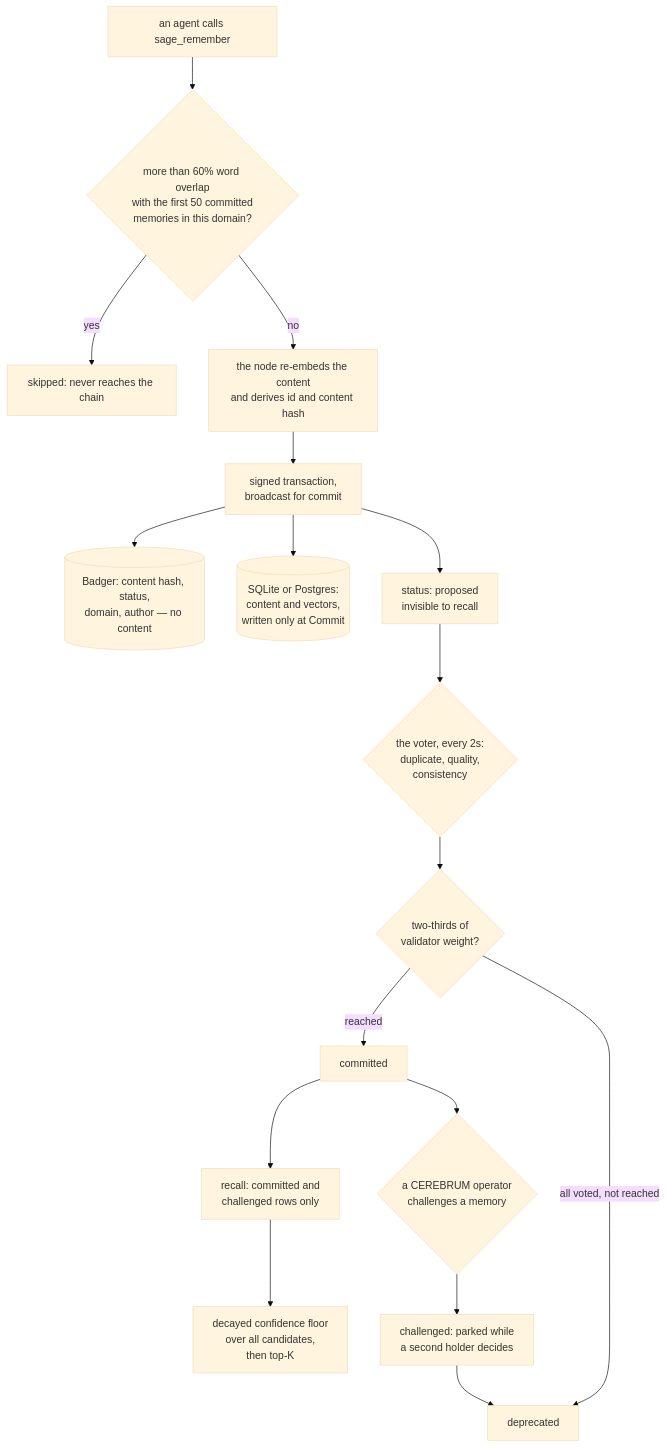
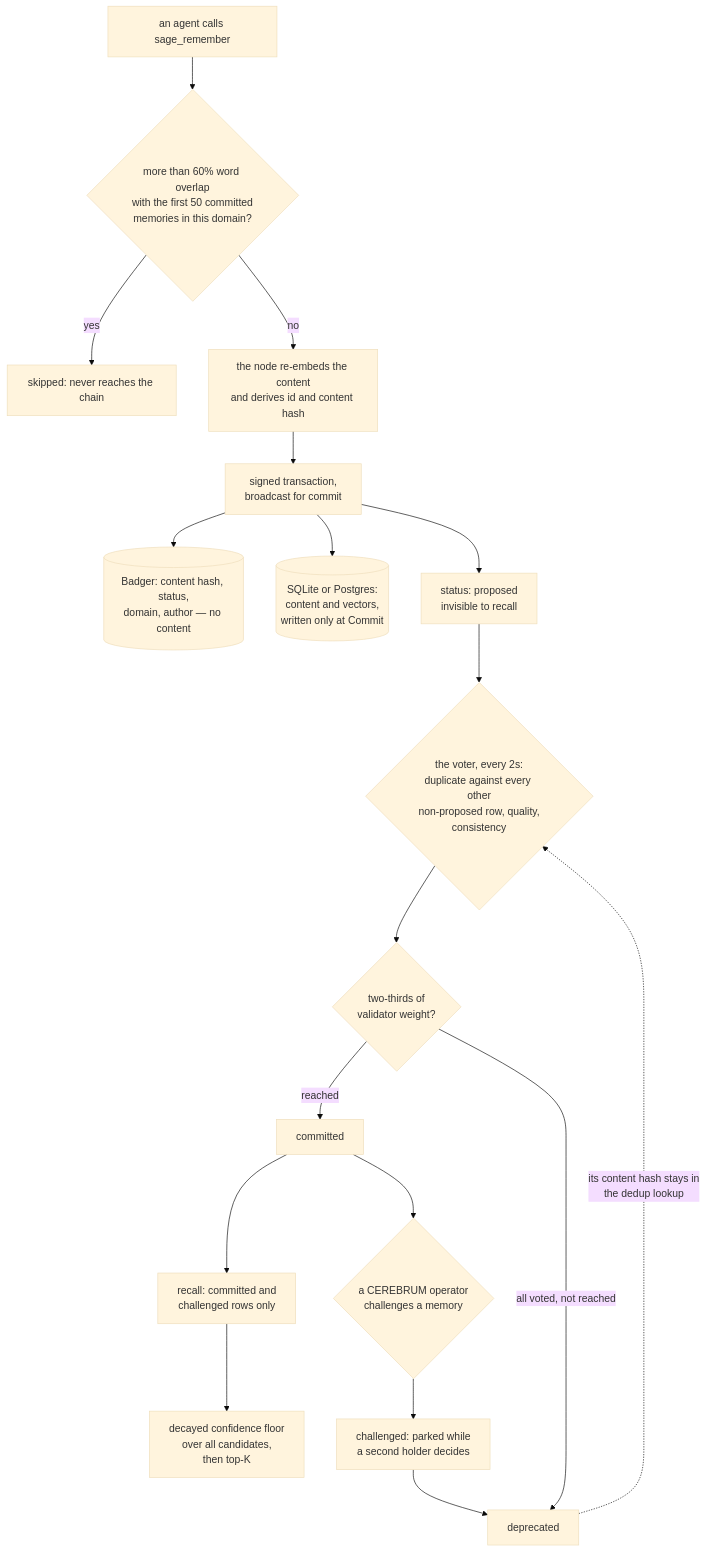
The diagram in content/systems/sage-memory.md (neoneye/agent-memory-atlas), drawn with Mermaid (base theme) before and after one commit. The commit also changed other lines of this file and 18 other files, not shown here.

````diff
--- a/content/systems/sage-memory.md
+++ b/content/systems/sage-memory.md
@@ -136,37 +159,38 @@
 ```mermaid
-%% caption: an agent submits a memory, the node re-embeds it and broadcasts a signed transaction, and the block writes it as proposed with no content on chain; a voter then decides on three checks and a quorum either commits it or deprecates it on arrival, and only committed and challenged rows reach recall, where a decay floor is applied across all candidates before the top-K trim
+%% caption: an agent submits a memory, the node re-embeds it and broadcasts a signed transaction, and the block writes it as proposed with no content on chain; a voter then decides on three checks and a quorum either commits it or deprecates it on arrival, and only committed and challenged rows reach recall, where a decay floor is applied across all candidates before the top-K trim; a deprecated row's content hash stays in the dedup lookup, so the same bytes under a new id are rejected
 flowchart TB
     AG["an agent calls sage_remember"]
     GUARD{"more than 60% word overlap<br/>with the first 50 committed<br/>memories in this domain?"}
     SKIP["skipped: never reaches the chain"]
     NODE["the node re-embeds the content<br/>and derives id and content hash"]
     TX["signed transaction,<br/>broadcast for commit"]
     BADGER[("Badger: content hash, status,<br/>domain, author — no content")]
     SQL[("SQLite or Postgres:<br/>content and vectors,<br/>written only at Commit")]
     PROP["status: proposed<br/>invisible to recall"]
-    VOTE{"the voter, every 2s:<br/>duplicate, quality,<br/>consistency"}
+    VOTE{"the voter, every 2s:<br/>duplicate against every other<br/>non-proposed row, quality,<br/>consistency"}
     QUORUM{"two-thirds of<br/>validator weight?"}
     COMM["committed"]
     DEP["deprecated"]
     RECALL["recall: committed and<br/>challenged rows only"]
     FLOOR["decayed confidence floor<br/>over all candidates,<br/>then top-K"]
     OP{"a CEREBRUM operator<br/>challenges a memory"}
     CHAL["challenged: parked while<br/>a second holder decides"]
 
     AG --> GUARD
     GUARD -- yes --> SKIP
     GUARD -- no --> NODE
     NODE --> TX
     TX --> BADGER
     TX --> SQL
     TX --> PROP
     PROP --> VOTE
     VOTE --> QUORUM
     QUORUM -- reached --> COMM
     QUORUM -- "all voted, not reached" --> DEP
     COMM --> RECALL
     RECALL --> FLOOR
     COMM --> OP
     OP --> CHAL
     CHAL --> DEP
+    DEP -. "its content hash stays in<br/>the dedup lookup" .-> VOTE
 ```
````
